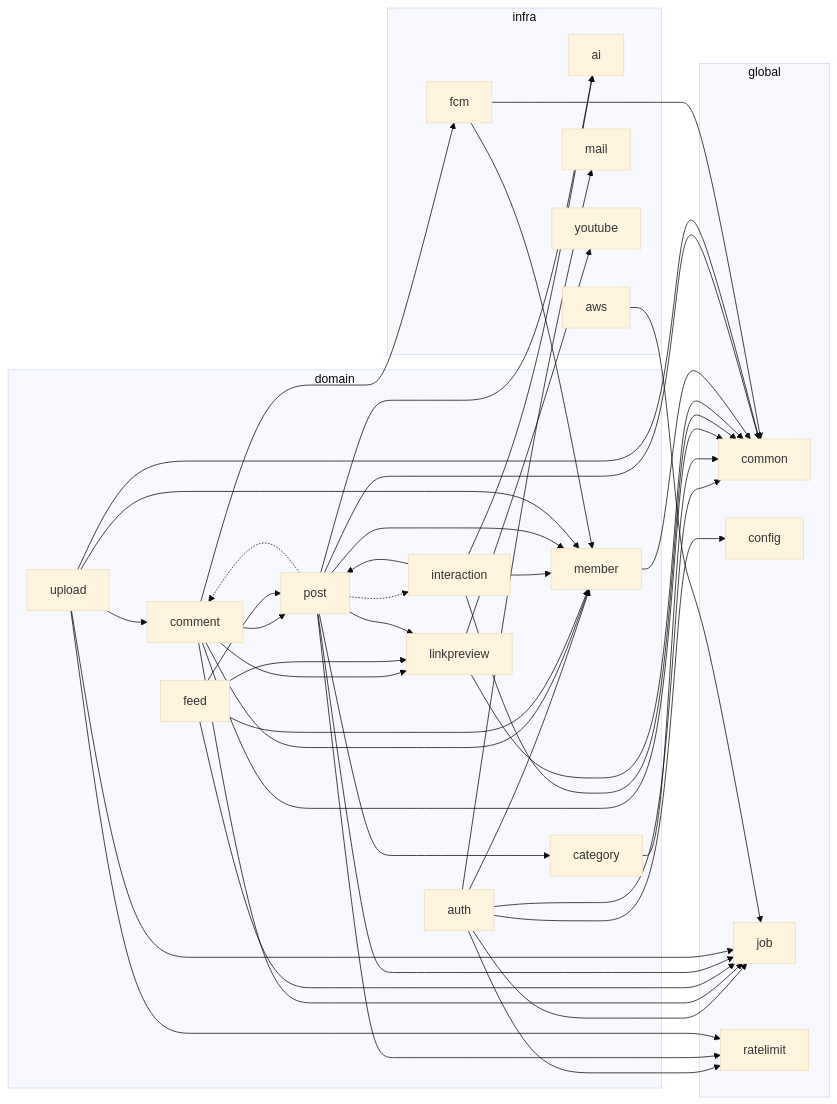
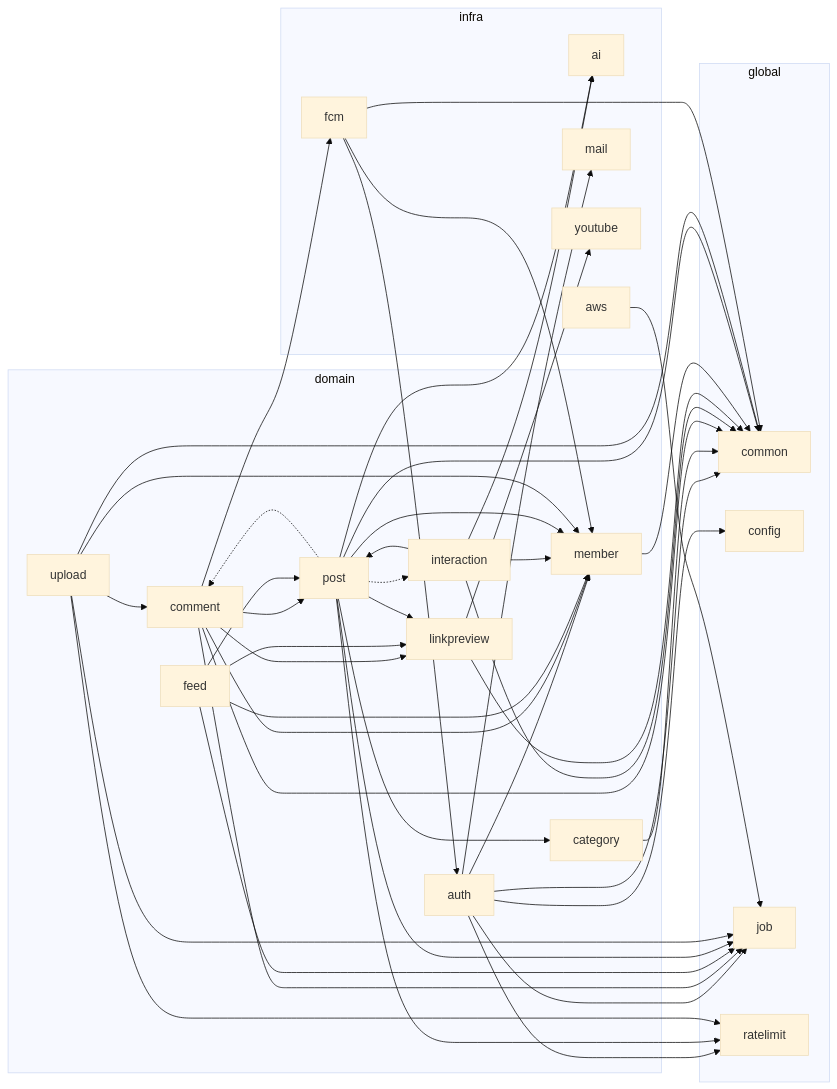
One commit to BAECHAN/link-sphere_BE_NEW changed the second of 4 diagrams in docs/BE-ARCHITECTURE.md. Above: the diagram before and after it, drawn with Mermaid (base theme). The commit also changed other lines of this file and 43 other files, not shown here.

````diff
--- a/docs/BE-ARCHITECTURE.md
+++ b/docs/BE-ARCHITECTURE.md
@@ -91,68 +91,69 @@
 ```mermaid
 flowchart LR
   subgraph domain
     domain_auth["auth"]
     domain_category["category"]
     domain_comment["comment"]
     domain_feed["feed"]
     domain_interaction["interaction"]
     domain_linkpreview["linkpreview"]
     domain_member["member"]
     domain_post["post"]
     domain_upload["upload"]
   end
   subgraph global
     global_common["common"]
     global_config["config"]
     global_job["job"]
     global_ratelimit["ratelimit"]
   end
   subgraph infra
     infra_ai["ai"]
     infra_aws["aws"]
     infra_fcm["fcm"]
     infra_mail["mail"]
     infra_youtube["youtube"]
   end
   domain_auth --> domain_member
   domain_auth --> global_common
   domain_auth --> global_config
   domain_auth --> global_job
   domain_auth --> global_ratelimit
   domain_auth --> infra_mail
   domain_category --> global_common
   domain_comment --> domain_linkpreview
   domain_comment --> domain_member
   domain_comment --> domain_post
   domain_comment --> global_common
   domain_comment --> global_job
   domain_comment --> infra_fcm
   domain_feed --> domain_linkpreview
   domain_feed --> domain_member
   domain_feed --> domain_post
   domain_feed --> global_job
   domain_interaction --> domain_member
   domain_interaction --> domain_post
   domain_interaction --> global_common
   domain_interaction --> infra_ai
   domain_linkpreview --> global_common
   domain_linkpreview --> infra_youtube
   domain_member --> global_common
   domain_post --> domain_category
   domain_post -.-> domain_comment
   domain_post -.-> domain_interaction
   domain_post --> domain_linkpreview
   domain_post --> domain_member
   domain_post --> global_common
   domain_post --> global_job
   domain_post --> global_ratelimit
   domain_post --> infra_ai
   domain_upload --> domain_comment
   domain_upload --> domain_member
   domain_upload --> global_common
   domain_upload --> global_job
   domain_upload --> global_ratelimit
   infra_aws --> global_job
+  infra_fcm --> domain_auth
   infra_fcm --> domain_member
   infra_fcm --> global_common
 ```
````
